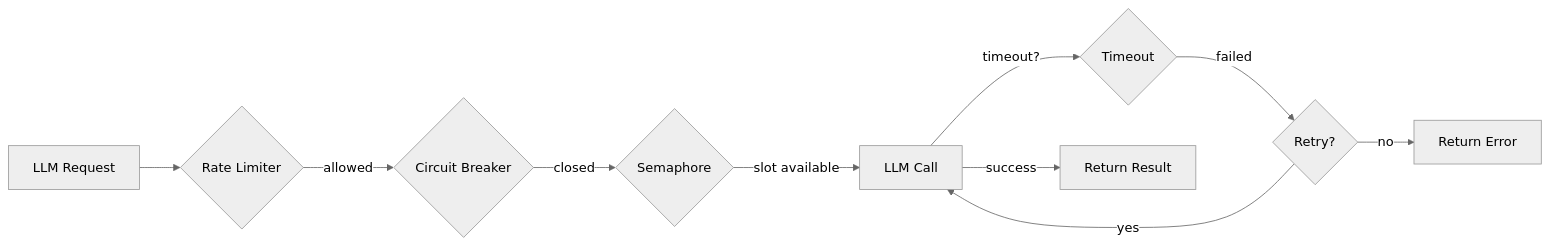
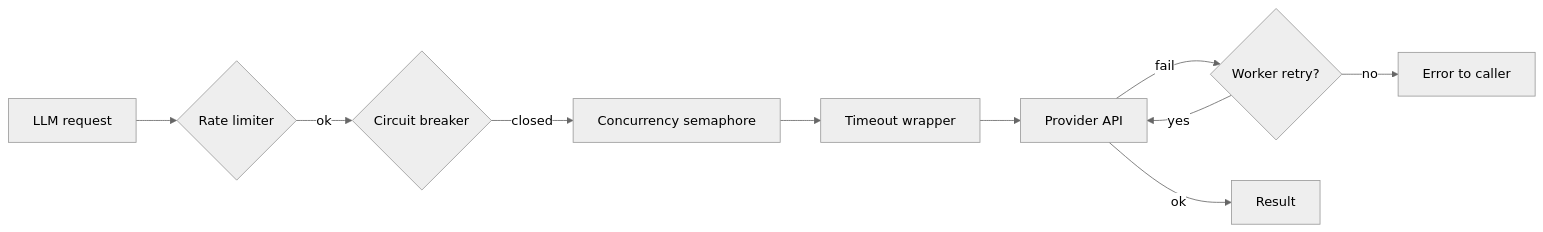
The diagram in agloom/docs/configuration/reliability.md (HELLOMEDHIRA/agloom), drawn with Mermaid (neutral theme) before and after one commit. The commit also changed other lines of this file and 131 other files, not shown here.

````diff
--- a/agloom/docs/configuration/reliability.md
+++ b/agloom/docs/configuration/reliability.md
@@ -105,12 +106,12 @@
 ```mermaid
 flowchart LR
-    REQ[LLM Request] --> RL{Rate Limiter}
-    RL -->|allowed| CB{Circuit Breaker}
-    CB -->|closed| SEM{Semaphore}
-    SEM -->|slot available| LLM[LLM Call]
-    LLM -->|timeout?| TO{Timeout}
-    TO -->|failed| RETRY{Retry?}
-    RETRY -->|yes| LLM
-    RETRY -->|no| FAIL[Return Error]
-    LLM -->|success| OK[Return Result]
+    REQ[LLM request] --> RL{Rate limiter}
+    RL -->|ok| CB{Circuit breaker}
+    CB -->|closed| SEM[Concurrency semaphore]
+    SEM --> TO[Timeout wrapper]
+    TO --> LLM[Provider API]
+    LLM -->|fail| RET{Worker retry?}
+    RET -->|yes| LLM
+    RET -->|no| ERR[Error to caller]
+    LLM -->|ok| OUT[Result]
 ```
````
